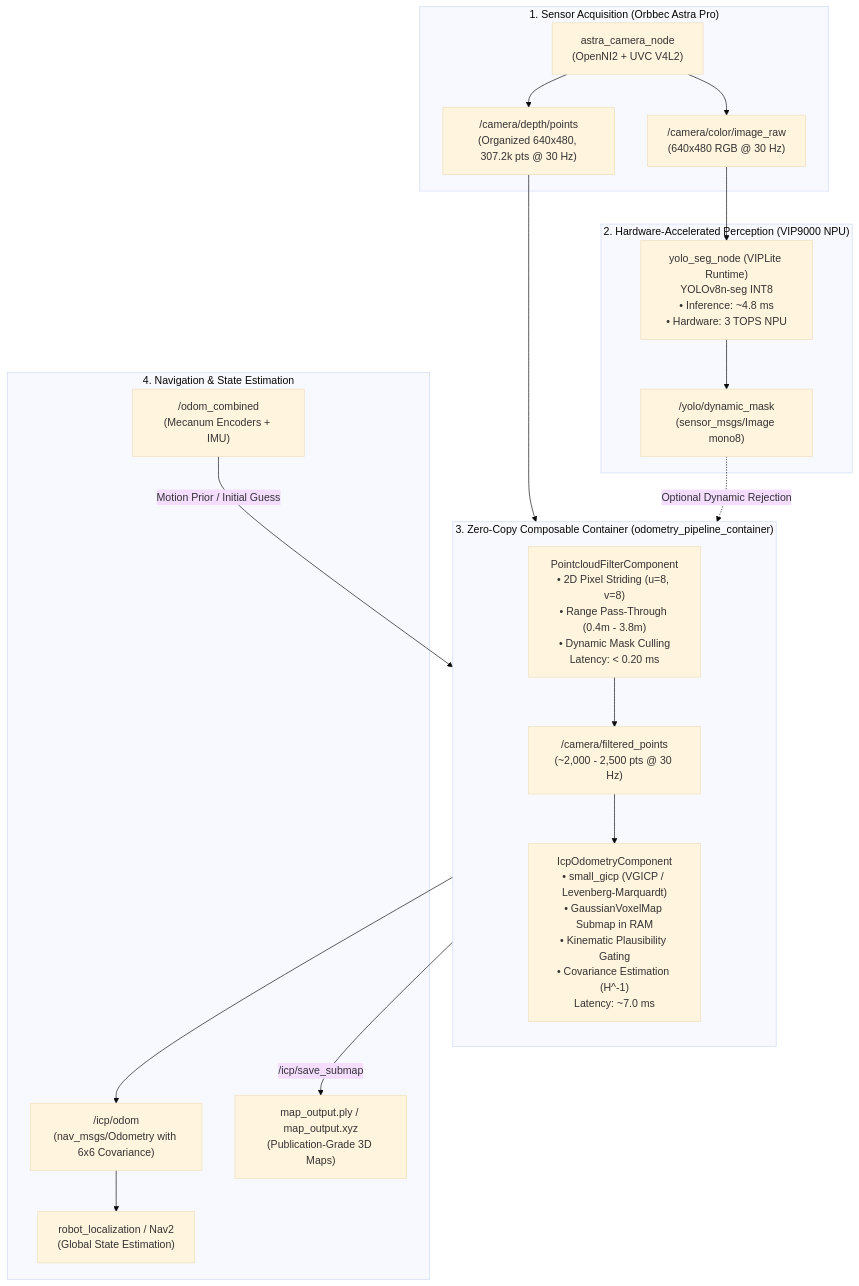
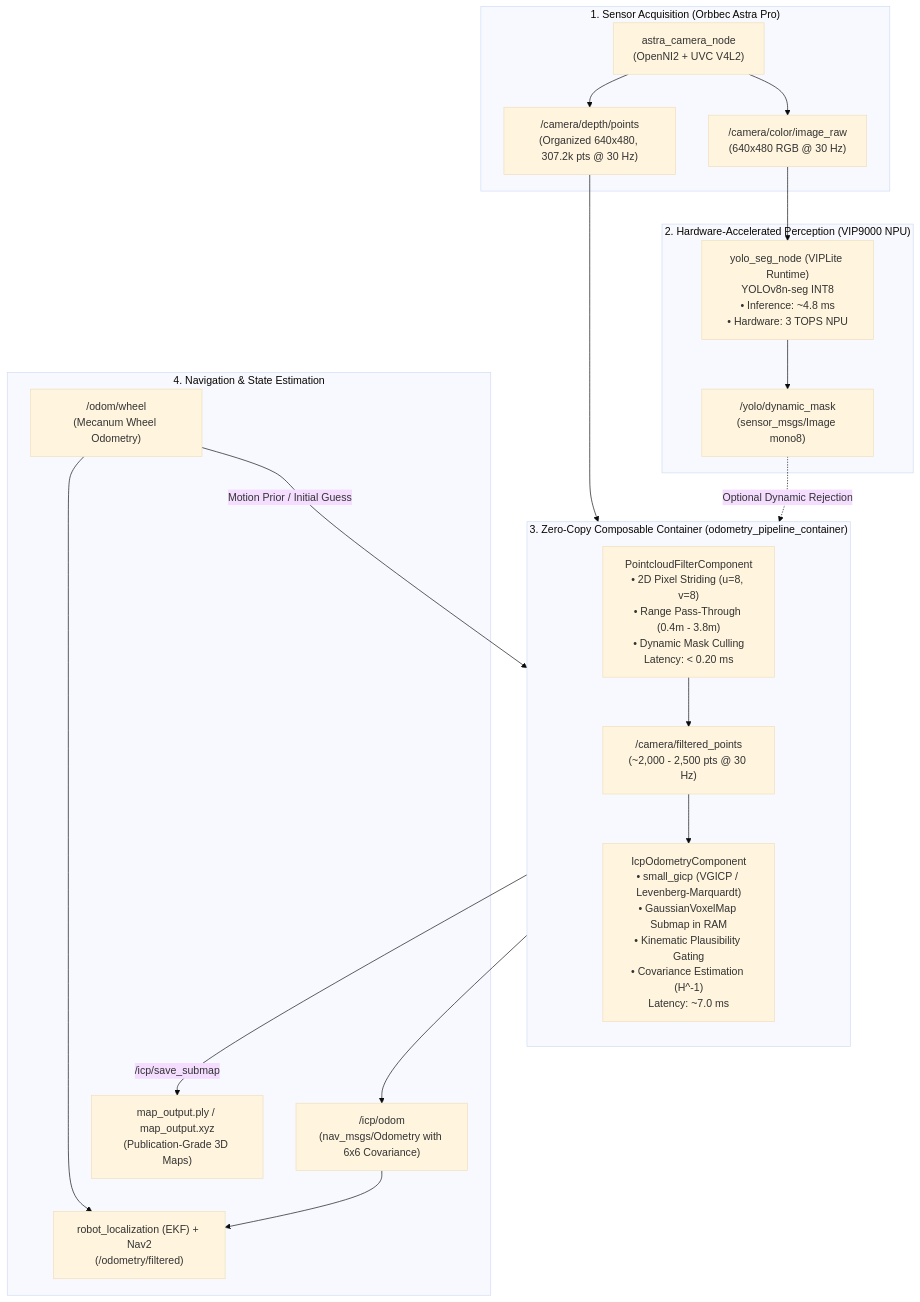
Before and after one commit to verlab/holodex: the diagram in README.md, drawn with Mermaid (base theme). The commit also changed other lines of this file, not shown here.

````diff
--- a/README.md
+++ b/README.md
@@ -43,39 +43,40 @@
 ```mermaid
 flowchart TD
     subgraph SENSORS ["1. Sensor Acquisition (Orbbec Astra Pro)"]
         CAM_DRIVER["astra_camera_node<br>(OpenNI2 + UVC V4L2)"]
         RAW_CLOUD["/camera/depth/points<br>(Organized 640x480, 307.2k pts @ 30 Hz)"]
         RAW_RGB["/camera/color/image_raw<br>(640x480 RGB @ 30 Hz)"]
         CAM_DRIVER --> RAW_CLOUD
         CAM_DRIVER --> RAW_RGB
     end
 
     subgraph NPU_ACCEL ["2. Hardware-Accelerated Perception (VIP9000 NPU)"]
         YOLO_NODE["yolo_seg_node (VIPLite Runtime)<br>YOLOv8n-seg INT8<br>• Inference: ~4.8 ms<br>• Hardware: 3 TOPS NPU"]
         DYNAMIC_MASK["/yolo/dynamic_mask<br>(sensor_msgs/Image mono8)"]
         RAW_RGB --> YOLO_NODE
         YOLO_NODE --> DYNAMIC_MASK
     end
 
     subgraph PIPELINE ["3. Zero-Copy Composable Container (odometry_pipeline_container)"]
         direction TB
         FILTER["PointcloudFilterComponent<br>• 2D Pixel Striding (u=8, v=8)<br>• Range Pass-Through (0.4m - 3.8m)<br>• Dynamic Mask Culling<br>Latency: < 0.20 ms"]
         FILT_CLOUD["/camera/filtered_points<br>(~2,000 - 2,500 pts @ 30 Hz)"]
         
         ICP["IcpOdometryComponent<br>• small_gicp (VGICP / Levenberg-Marquardt)<br>• GaussianVoxelMap Submap in RAM<br>• Kinematic Plausibility Gating<br>• Covariance Estimation (H^-1)<br>Latency: ~7.0 ms"]
         
         RAW_CLOUD --> FILTER
         DYNAMIC_MASK -.->|Optional Dynamic Rejection| FILTER
         FILTER --> FILT_CLOUD
         FILT_CLOUD --> ICP
     end
 
     subgraph SENSOR_FUSION ["4. Navigation & State Estimation"]
-        WHEEL_EKF["/odom_combined<br>(Mecanum Encoders + IMU)"]
-        WHEEL_EKF -->|Motion Prior / Initial Guess| ICP
+        WHEEL_ODOM["/odom/wheel<br>(Mecanum Wheel Odometry)"]
+        WHEEL_ODOM -->|Motion Prior / Initial Guess| ICP
         ICP_ODOM["/icp/odom<br>(nav_msgs/Odometry with 6x6 Covariance)"]
         ICP --> ICP_ODOM
-        ICP_ODOM --> ROBOT_LOC["robot_localization / Nav2<br>(Global State Estimation)"]
+        WHEEL_ODOM --> ROBOT_LOC["robot_localization (EKF) + Nav2<br>(/odometry/filtered)"]
+        ICP_ODOM --> ROBOT_LOC
         ICP -->|/icp/save_submap| MAP_FILE["map_output.ply / map_output.xyz<br>(Publication-Grade 3D Maps)"]
     end
 ```
````
